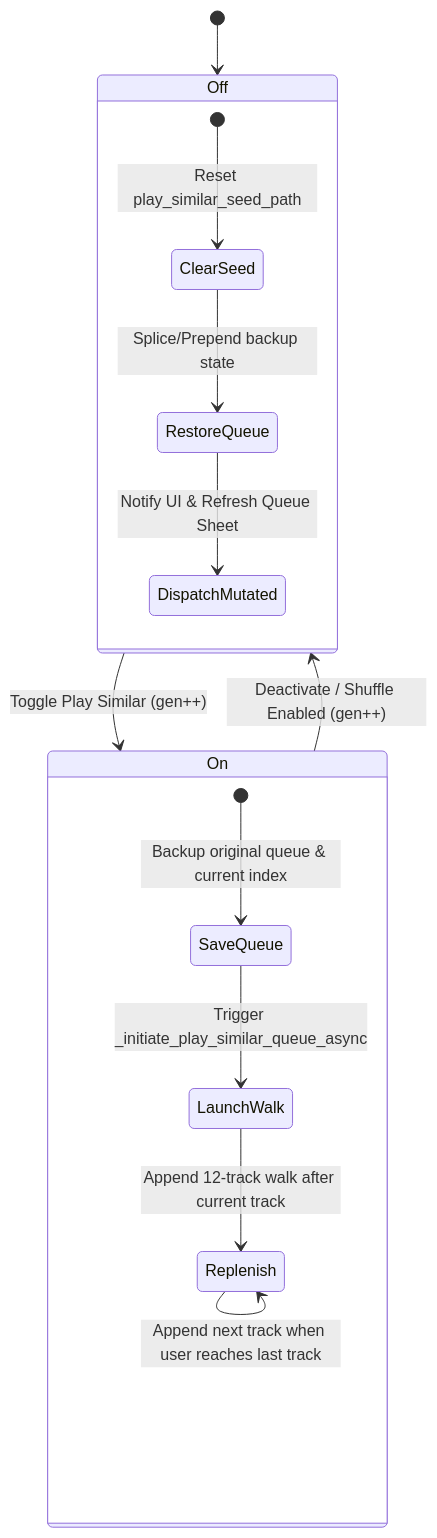
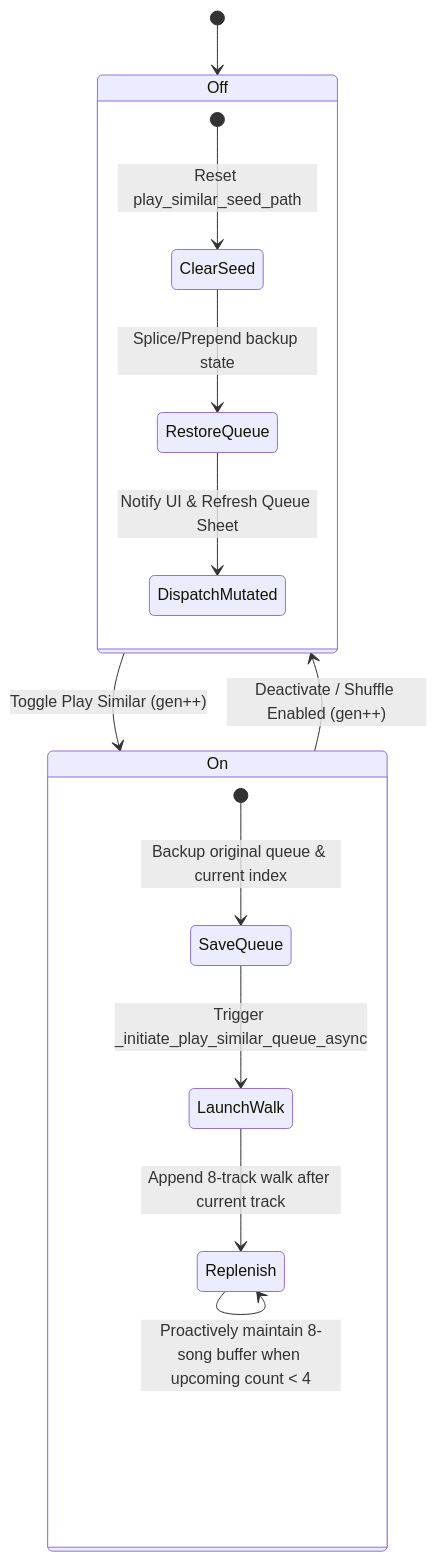
The diagram in docs/Auto_Playlist_Engine.md (cmitsakopoulos/Mai-An-Lab), drawn with Mermaid before and after one commit. The commit also changed other lines of this file and 22 other files, not shown here.

````diff
--- a/docs/Auto_Playlist_Engine.md
+++ b/docs/Auto_Playlist_Engine.md
@@ -590,19 +605,19 @@
 ```mermaid
 stateDiagram-v2
     [*] --> Off
     Off --> On : Toggle Play Similar (gen++)
     On --> Off : Deactivate / Shuffle Enabled (gen++)
 
     state On {
         [*] --> SaveQueue : Backup original queue & current index
         SaveQueue --> LaunchWalk : Trigger _initiate_play_similar_queue_async
-        LaunchWalk --> Replenish : Append 12-track walk after current track
-        Replenish --> Replenish : Append next track when user reaches last track
+        LaunchWalk --> Replenish : Append 8-track walk after current track
+        Replenish --> Replenish : Proactively maintain 8-song buffer when upcoming count < 4
     }
 
     state Off {
         [*] --> ClearSeed : Reset play_similar_seed_path
         ClearSeed --> RestoreQueue : Splice/Prepend backup state
         RestoreQueue --> DispatchMutated : Notify UI & Refresh Queue Sheet
     }
 ```
````
